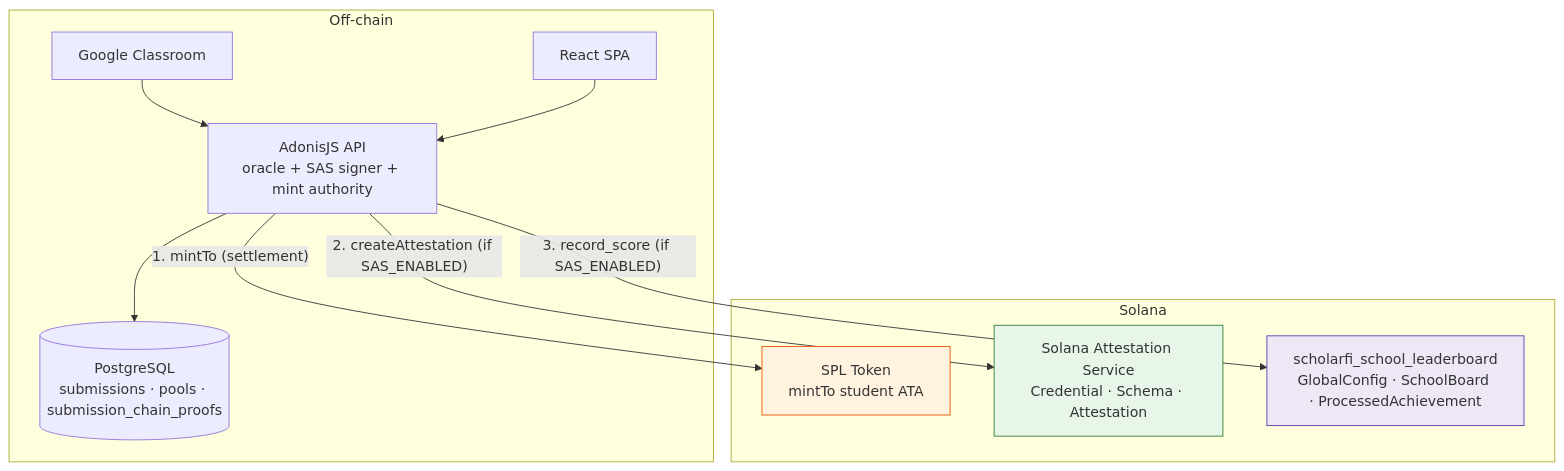
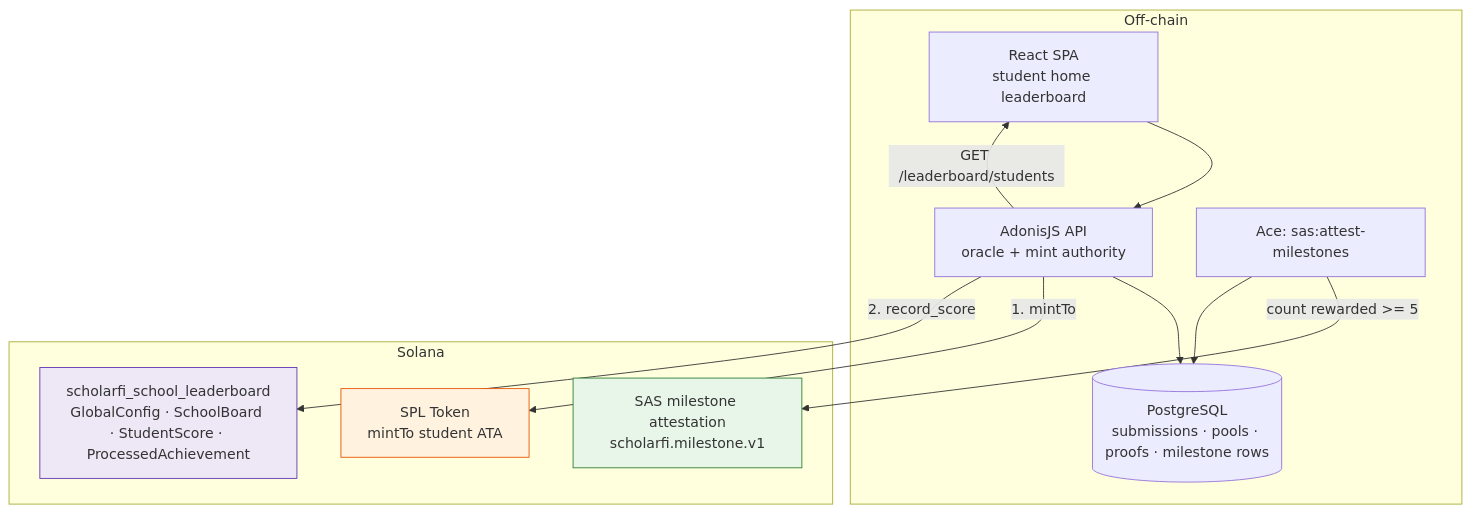
Before and after one commit to angeldavid218/scholarfi: the first of 4 diagrams in proposals/architecture-pda-attestation.md, drawn with Mermaid. The commit also changed other lines of this file and 7 other files, not shown here.

````diff
--- a/proposals/architecture-pda-attestation.md
+++ b/proposals/architecture-pda-attestation.md
@@ -15,26 +16,27 @@
 ```mermaid
 flowchart TB
     subgraph OffChain["Off-chain"]
-        FE["React SPA"]
-        API["AdonisJS API\noracle + SAS signer + mint authority"]
-        DB[("PostgreSQL\nsubmissions · pools · submission_chain_proofs")]
-        GC["Google Classroom"]
+        FE["React SPA\nstudent home leaderboard"]
+        API["AdonisJS API\noracle + mint authority"]
+        DB[("PostgreSQL\nsubmissions · pools · proofs · milestone rows")]
+        Worker["Ace: sas:attest-milestones"]
     end
 
     subgraph SolanaStack["Solana"]
         SPL["SPL Token\nmintTo student ATA"]
-        SAS["Solana Attestation Service\nCredential · Schema · Attestation"]
-        LB["scholarfi_school_leaderboard\nGlobalConfig · SchoolBoard · ProcessedAchievement"]
+        SAS["SAS milestone attestation\nscholarfi.milestone.v1"]
+        LB["scholarfi_school_leaderboard\nGlobalConfig · SchoolBoard · StudentScore · ProcessedAchievement"]
     end
 
-    GC --> API
     FE --> API
     API --> DB
-    API -->|"1. mintTo (settlement)"| SPL
-    API -->|"2. createAttestation (if SAS_ENABLED)"| SAS
-    API -->|"3. record_score (if SAS_ENABLED)"| LB
+    API -->|"1. mintTo"| SPL
+    API -->|"2. record_score"| LB
+    Worker -->|"count rewarded >= 5"| SAS
+    Worker --> DB
+    API -->|"GET /leaderboard/students"| FE
 
     style SPL fill:#fff3e0,stroke:#E65100
     style SAS fill:#e8f5e9,stroke:#2E7D32
     style LB fill:#ede7f6,stroke:#5E35B1
 ```
````
